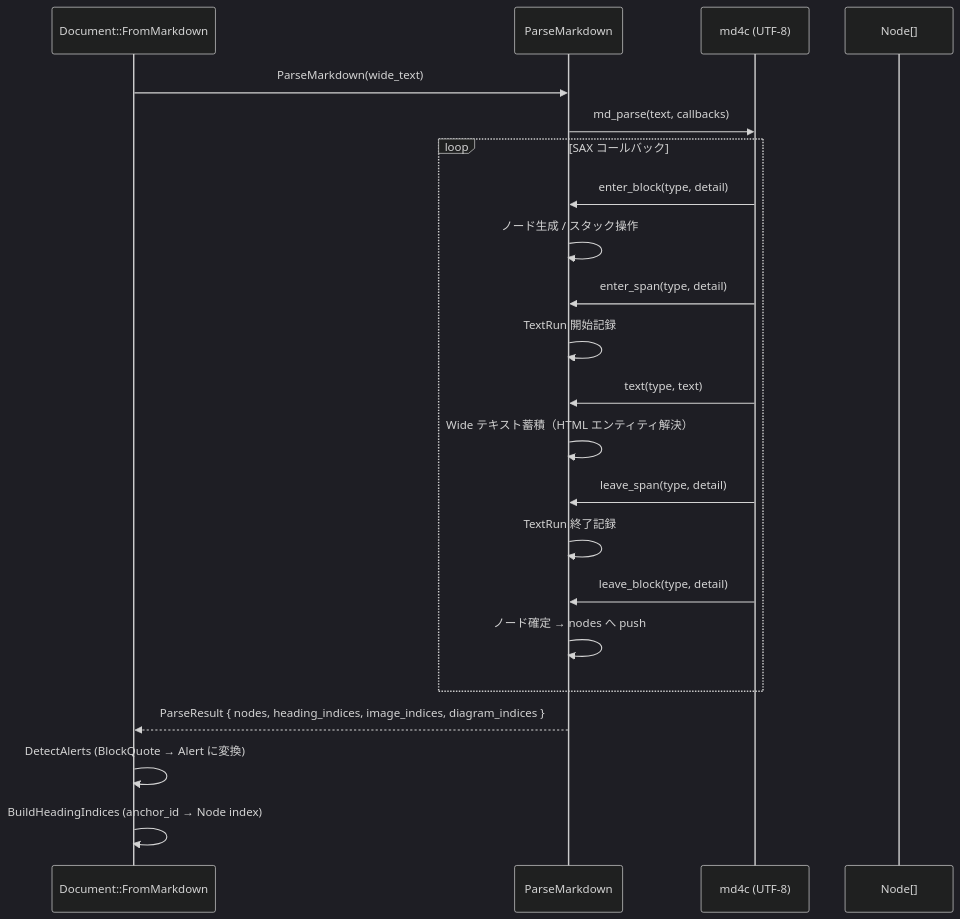
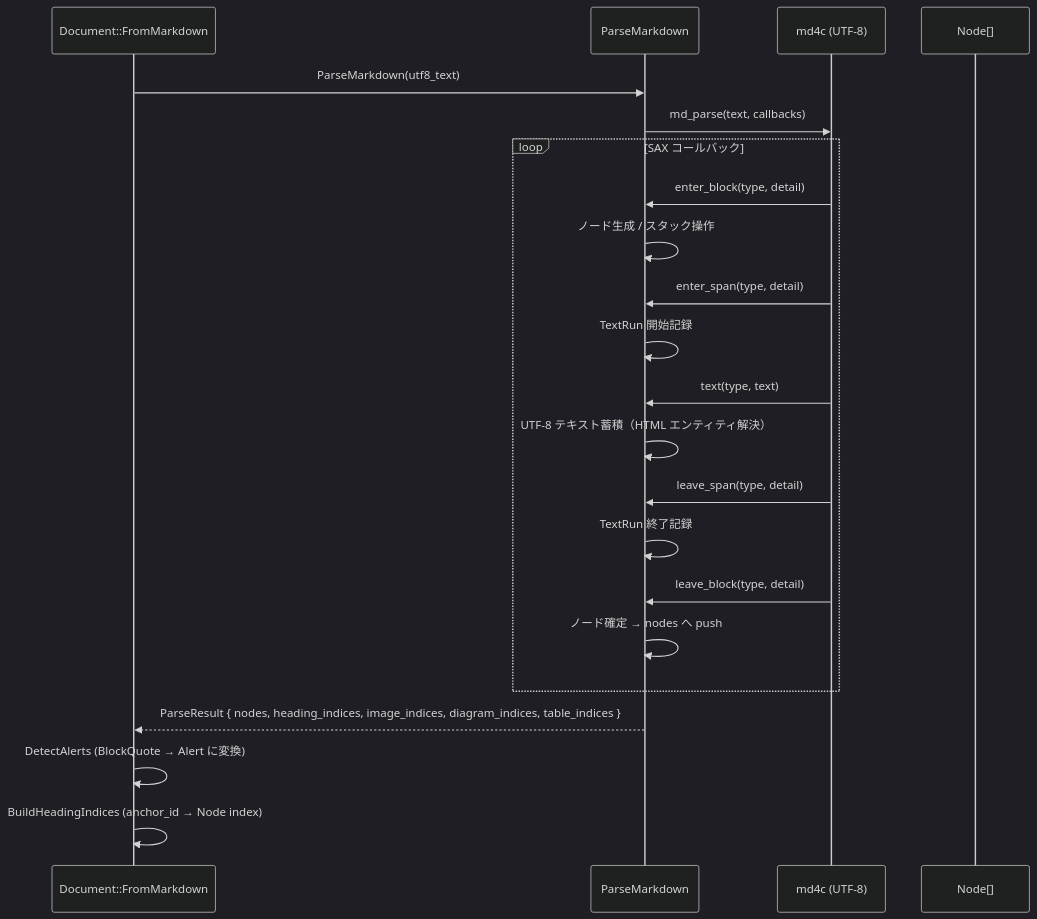
Before and after one commit to tanaton/mendo: the sixth of 27 diagrams in example/test.md, drawn with Mermaid (dark theme). The commit also changed other lines of this file, not shown here.

````diff
--- a/example/test.md
+++ b/example/test.md
@@ -864,25 +803,25 @@
 ```mermaid
 sequenceDiagram
     participant DOC as Document::FromMarkdown
     participant P as ParseMarkdown
     participant MD as md4c (UTF-8)
     participant N as Node[]
 
-    DOC->>P: ParseMarkdown(wide_text)
+    DOC->>P: ParseMarkdown(utf8_text)
     P->>MD: md_parse(text, callbacks)
     loop SAX コールバック
         MD->>P: enter_block(type, detail)
         P->>P: ノード生成 / スタック操作
         MD->>P: enter_span(type, detail)
         P->>P: TextRun 開始記録
         MD->>P: text(type, text)
-        P->>P: Wide テキスト蓄積（HTML エンティティ解決）
+        P->>P: UTF-8 テキスト蓄積（HTML エンティティ解決）
         MD->>P: leave_span(type, detail)
         P->>P: TextRun 終了記録
         MD->>P: leave_block(type, detail)
         P->>P: ノード確定 → nodes へ push
     end
-    P-->>DOC: ParseResult { nodes, heading_indices, image_indices, diagram_indices }
+    P-->>DOC: ParseResult { nodes, heading_indices, image_indices, diagram_indices, table_indices }
     DOC->>DOC: DetectAlerts (BlockQuote → Alert に変換)
     DOC->>DOC: BuildHeadingIndices (anchor_id → Node index)
 ```
````
